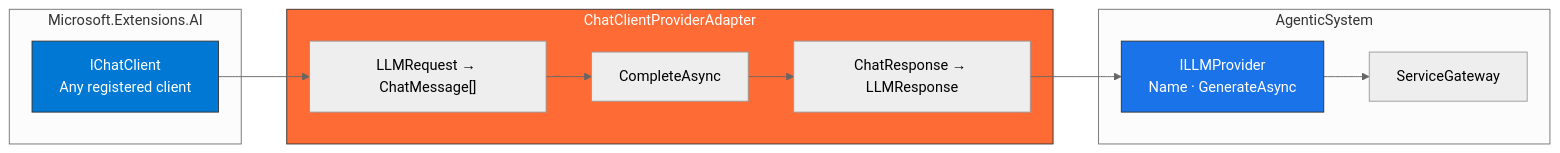
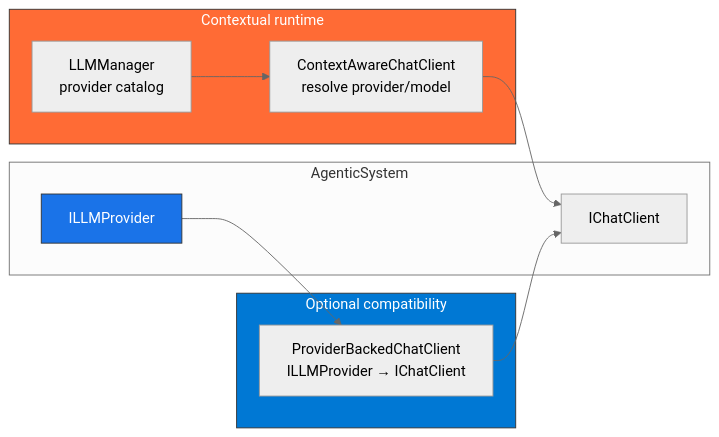
The ninth of 9 diagrams in docs/architecture/diagrams.md (JonathanBenicio/Agent-System), drawn with Mermaid (neutral theme) before and after one commit. The commit also changed other lines of this file and 81 other files, not shown here.

````diff
--- a/docs/architecture/diagrams.md
+++ b/docs/architecture/diagrams.md
@@ -426,27 +396,25 @@
 ```mermaid
 graph LR
-    subgraph External["Microsoft.Extensions.AI"]
-        ICLIENT[IChatClient<br/>Any registered client]
+    subgraph Runtime["Contextual runtime"]
+        MGR[LLMManager<br/>provider catalog]
+        CTX[ContextAwareChatClient<br/>resolve provider/model]
     end
 
-    subgraph Adapter["ChatClientProviderAdapter"]
-        MAP_IN["LLMRequest → ChatMessage#91;#93;"]
-        EXEC[CompleteAsync]
-        MAP_OUT[ChatResponse → LLMResponse]
+    subgraph Compatibility["Optional compatibility"]
+        BACK[ProviderBackedChatClient<br/>ILLMProvider → IChatClient]
     end
 
     subgraph System["AgenticSystem"]
-        ILLM[ILLMProvider<br/>Name · GenerateAsync]
-        GW[ServiceGateway]
+        CHAT[IChatClient]
+        ILLM[ILLMProvider]
     end
 
-    ICLIENT --> MAP_IN
-    MAP_IN --> EXEC
-    EXEC --> MAP_OUT
-    MAP_OUT --> ILLM
-    ILLM --> GW
+    MGR --> CTX
+    CTX --> CHAT
+    ILLM --> BACK
+    BACK --> CHAT
 
-    style Adapter fill:#ff6b35,stroke:#333,color:#fff
-    style ICLIENT fill:#0078d4,stroke:#333,color:#fff
+    style Runtime fill:#ff6b35,stroke:#333,color:#fff
+    style Compatibility fill:#0078d4,stroke:#333,color:#fff
     style ILLM fill:#1a73e8,stroke:#333,color:#fff
 ```
````
